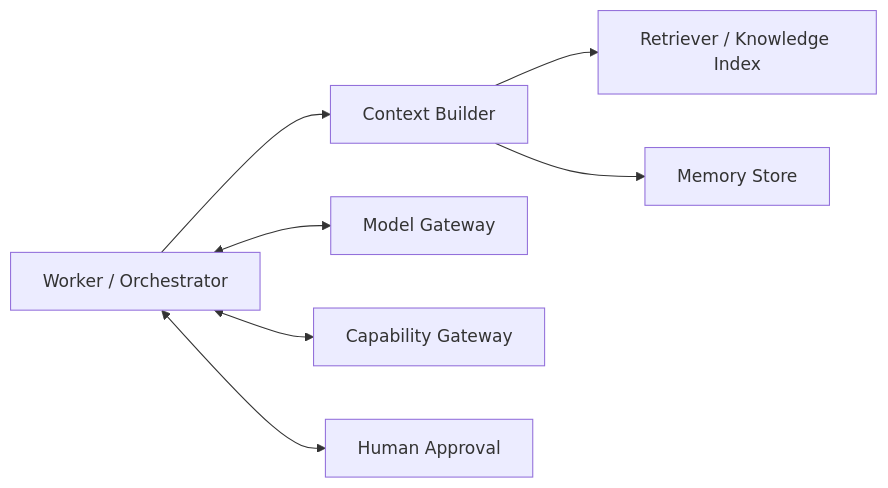
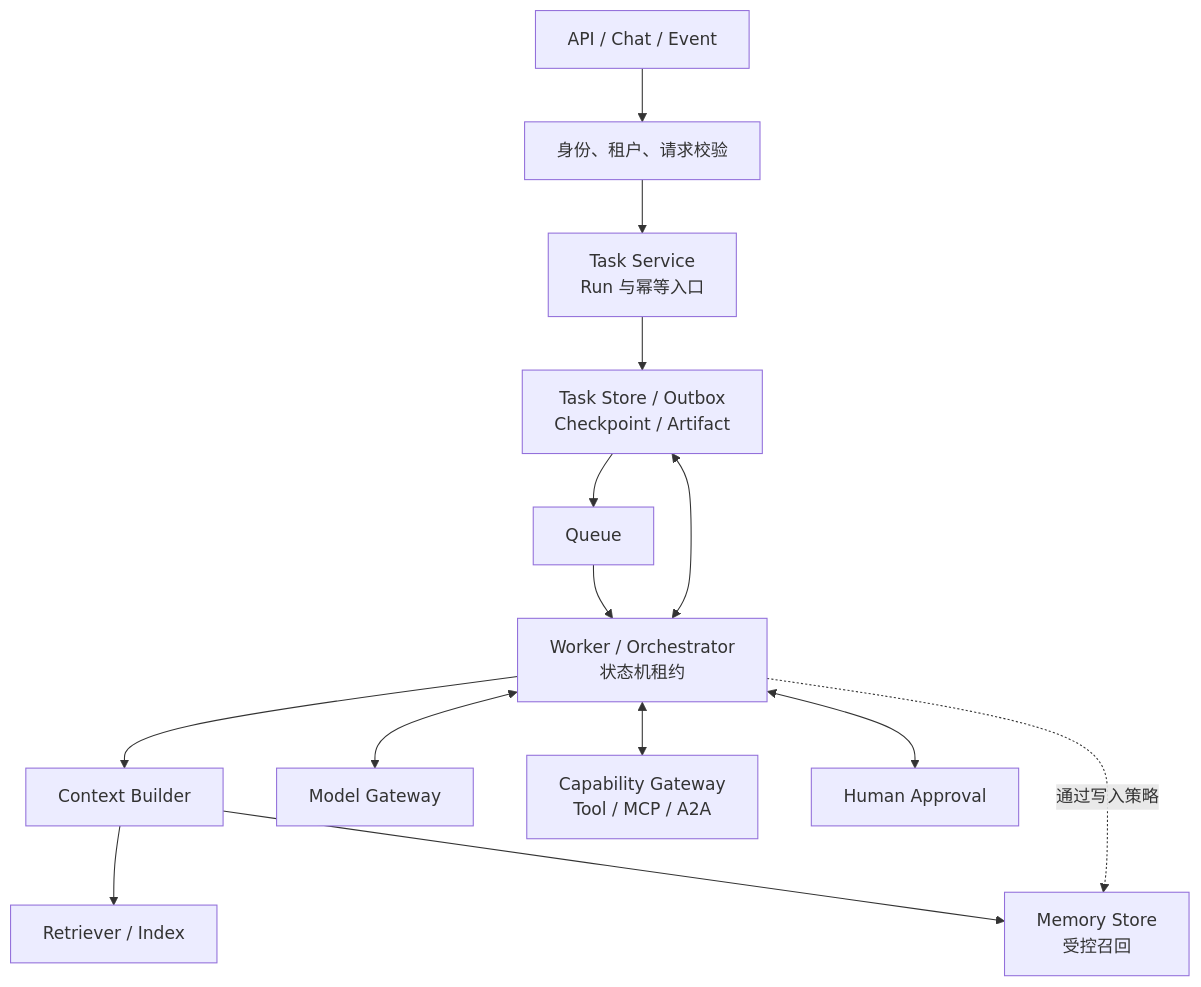
One commit to FoLaJJ/agent-systems-notes changed the first of 4 diagrams in docs/15-production-agent-runtime.md. Above: the diagram before and after it, drawn with Mermaid. The commit also changed other lines of this file and 13 other files, not shown here.

Commit message:
Refine Mermaid diagram layouts

````diff
--- a/docs/15-production-agent-runtime.md
+++ b/docs/15-production-agent-runtime.md
@@ -37,9 +27,16 @@
 ```mermaid
-flowchart LR
-    W["Worker / Orchestrator"] --> C["Context Builder"]
-    C --> R["Retriever / Knowledge Index"]
-    C --> M["Memory Store"]
+flowchart TB
+    U["API / Chat / Event"] --> A["身份、租户、请求校验"]
+    A --> T["Task Service<br/>Run 与幂等入口"]
+    T --> S["Task Store / Outbox<br/>Checkpoint / Artifact"]
+    S --> Q["Queue"]
+    Q --> W["Worker / Orchestrator<br/>状态机租约"]
+    W --> C["Context Builder"]
+    C --> R["Retriever / Index"]
+    C --> M["Memory Store<br/>受控召回"]
+    W -. "通过写入策略" .-> M
     W <--> G["Model Gateway"]
-    W <--> P["Capability Gateway"]
+    W <--> P["Capability Gateway<br/>Tool / MCP / A2A"]
     W <--> H["Human Approval"]
+    W <--> S
 ```
````
